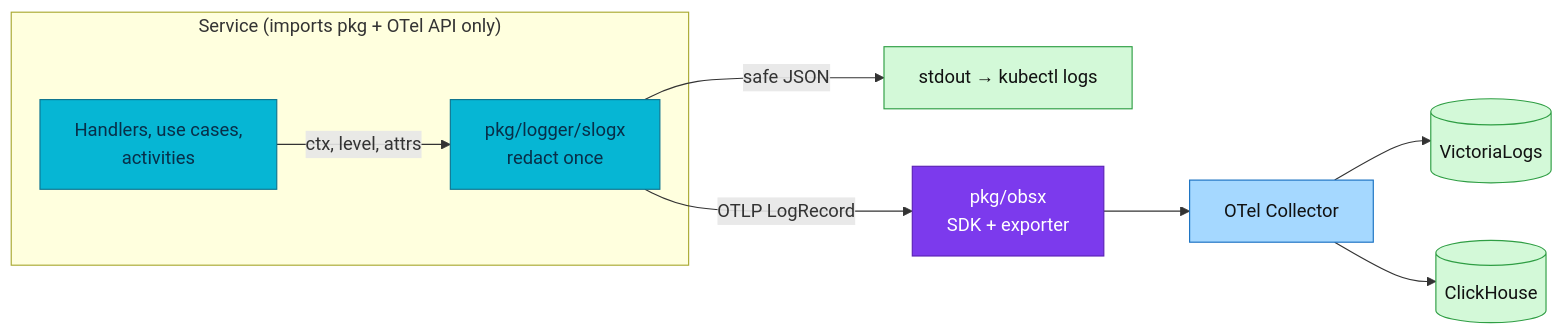
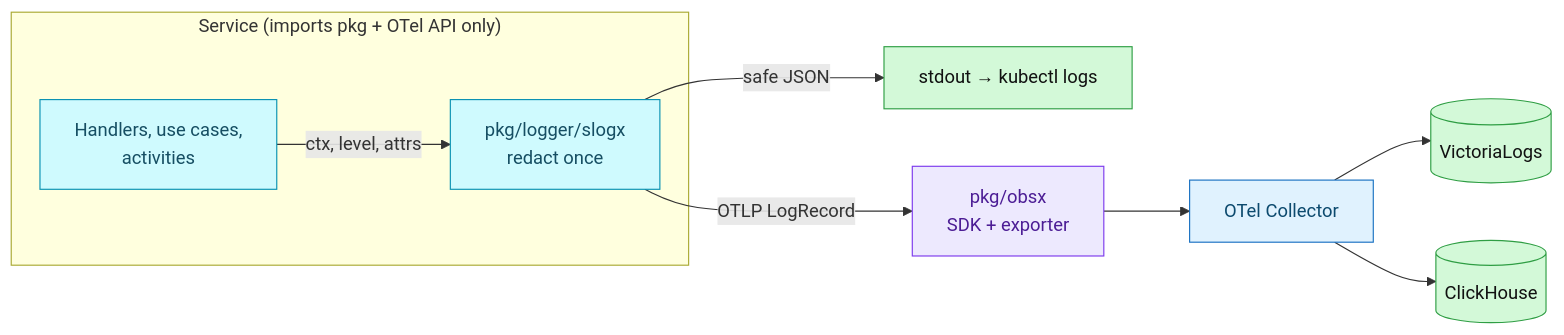
The diagram in docs/proposals/adr/ADR-070-logging-facade-and-event-catalog/README.md (duynhlab/homelab), drawn with Mermaid before and after one commit. The commit also changed 174 other files, not shown here.

First line of the commit message:
Soft-tint diagram palette, a signal-flow diagram, a Linux-ready Draw.io skill

````diff
--- a/docs/proposals/adr/ADR-070-logging-facade-and-event-catalog/README.md
+++ b/docs/proposals/adr/ADR-070-logging-facade-and-event-catalog/README.md
@@ -110,20 +110,20 @@
 ```mermaid
 flowchart LR
     subgraph svc["Service (imports pkg + OTel API only)"]
         H["Handlers, use cases,<br/>activities"] -->|"ctx, level, attrs"| F["pkg/logger/slogx<br/>redact once"]
     end
     F -->|"safe JSON"| OUT["stdout → kubectl logs"]
     F -->|"OTLP LogRecord"| OB["pkg/obsx<br/>SDK + exporter"]
     OB --> COL["OTel Collector"]
     COL --> VL[("VictoriaLogs")]
     COL --> CH[("ClickHouse")]
 
-    classDef service fill:#06b6d4,color:#082f49,stroke:#0e7490;
-    classDef platform fill:#7c3aed,color:#fff,stroke:#5b21b6;
-    classDef collector fill:#a5d8ff,color:#111,stroke:#1971c2;
+    classDef service fill:#cffafe,color:#164e63,stroke:#0891b2;
+    classDef platform fill:#ede9fe,color:#4c1d95,stroke:#7c3aed;
+    classDef collector fill:#e0f2fe,color:#0c4a6e,stroke:#1971c2;
     classDef log fill:#d3f9d8,color:#111,stroke:#2f9e44;
     class H,F service;
     class OB platform;
     class COL collector;
     class OUT,VL,CH log;
 ```
````
